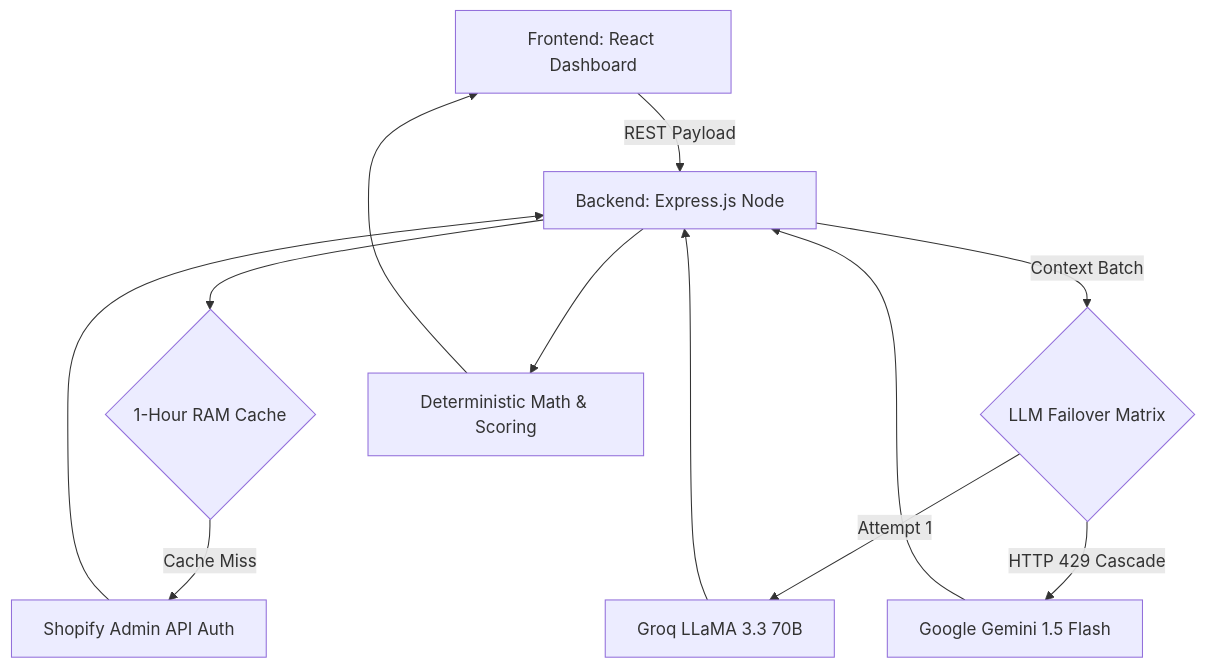
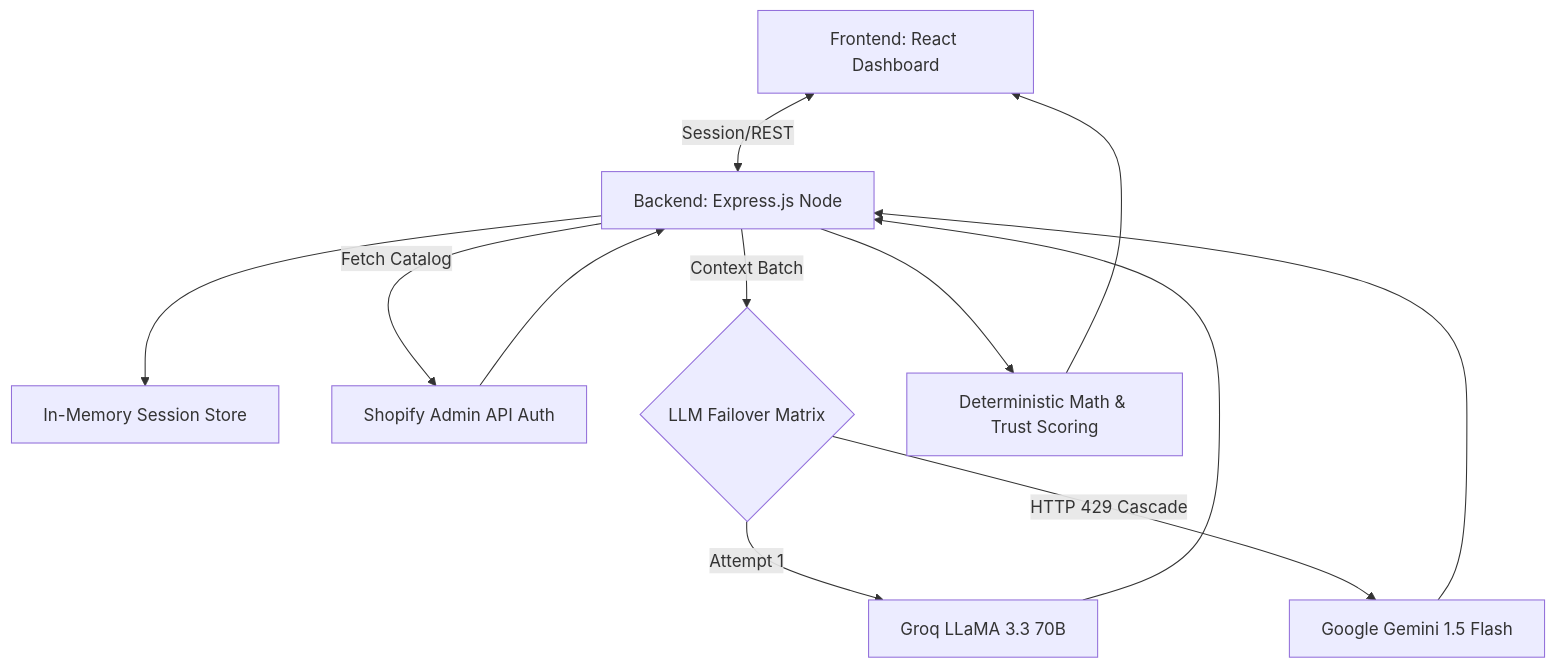
Before and after one commit to MohanaDharshini2006/SalesIQ: the diagram in README.md, drawn with Mermaid. The commit also changed other lines of this file and 10 other files, not shown here.

Commit message:
feat: deploy production-ready store connection flow, dashboard metrics, and AI consultant

````diff
--- a/README.md
+++ b/README.md
@@ -62,17 +51,17 @@
 ```mermaid
 graph TD
-    UI[Frontend: React Dashboard] -->|REST Payload| API[Backend: Express.js Node]
-    API --> Cache{1-Hour RAM Cache}
+    UI[Frontend: React Dashboard] <--> |Session/REST| API[Backend: Express.js Node]
+    API --> Mem[In-Memory Session Store]
     
-    Cache -->|Cache Miss| SH[Shopify Admin API Auth]
+    API -->|Fetch Catalog| SH[Shopify Admin API Auth]
     SH --> API
     
     API --> |Context Batch| AI{LLM Failover Matrix}
     AI --> |Attempt 1| Groq[Groq LLaMA 3.3 70B]
     AI --> |HTTP 429 Cascade| Gem[Google Gemini 1.5 Flash]
     
     Groq --> API
     Gem --> API
-    API --> Logic[Deterministic Math & Scoring]
+    API --> Logic[Deterministic Math & Trust Scoring]
     Logic --> UI
 ```
````
